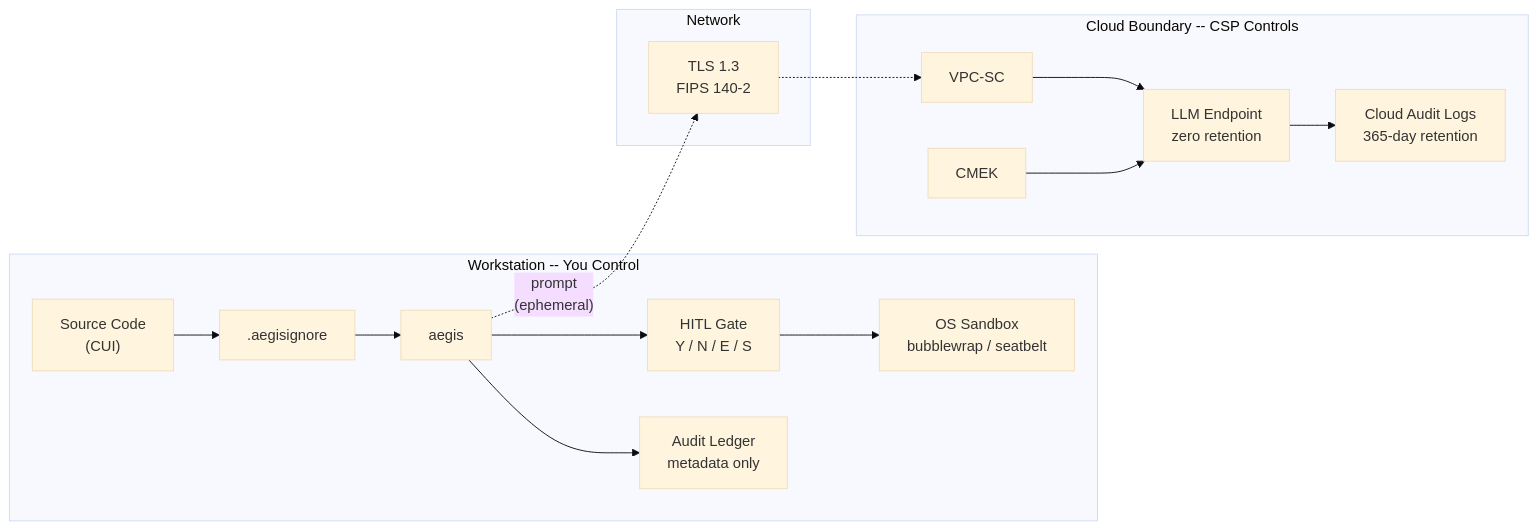
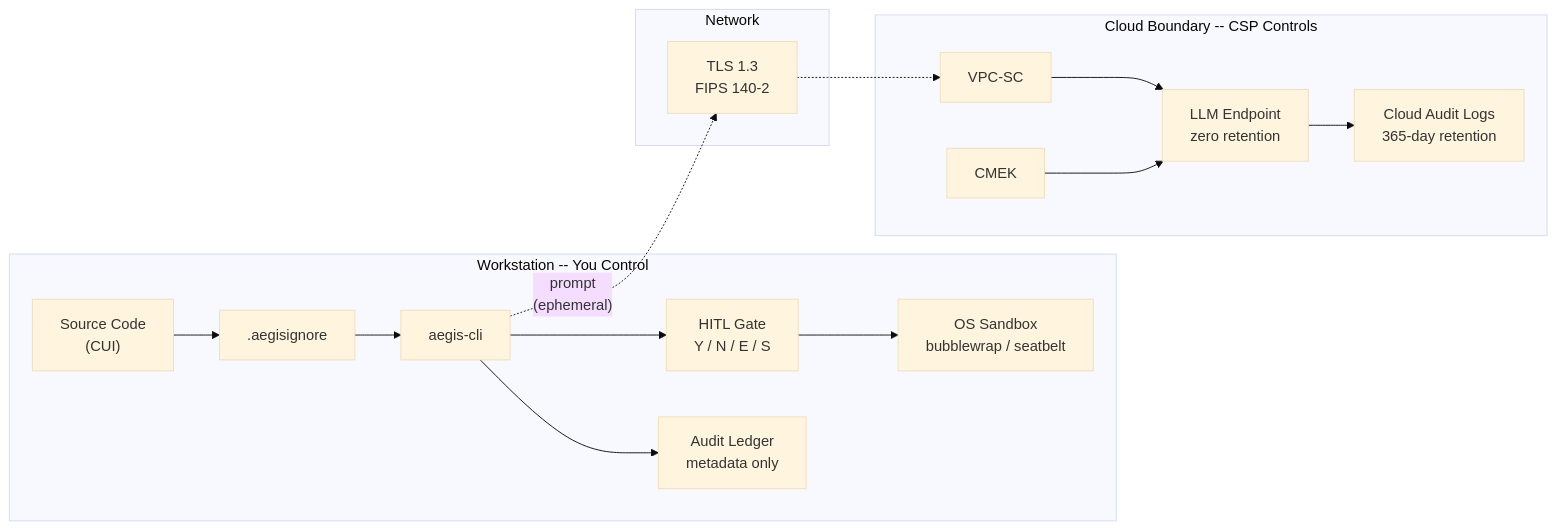
Before and after one commit to rtmx-ai/aegis-cli: the fourth of 5 diagrams in README.md, drawn with Mermaid (base theme). The commit also changed other lines of this file, not shown here.

Commit message:
fix: rename aegis to aegis-cli in diagrams for consistency with repo name

````diff
--- a/README.md
+++ b/README.md
@@ -145,23 +145,23 @@
 ```mermaid
 flowchart LR
     subgraph edge [" Workstation -- You Control "]
         source["Source Code\n(CUI)"] --> ignore[".aegisignore"]
-        ignore --> aegis_bin["aegis"]
+        ignore --> aegis_bin["aegis-cli"]
         aegis_bin --> gate["HITL Gate\nY / N / E / S"]
         gate --> sandbox["OS Sandbox\nbubblewrap / seatbelt"]
         aegis_bin --> audit["Audit Ledger\nmetadata only"]
     end
 
     subgraph net [" Network "]
         tls["TLS 1.3\nFIPS 140-2"]
     end
 
     subgraph cloud [" Cloud Boundary -- CSP Controls "]
         vpc["VPC-SC"] --> endpoint["LLM Endpoint\nzero retention"]
         kms["CMEK"] --> endpoint
         endpoint --> logs["Cloud Audit Logs\n365-day retention"]
     end
 
     aegis_bin -. "prompt\n(ephemeral)" .-> tls
     tls .-> vpc
 ```
````
